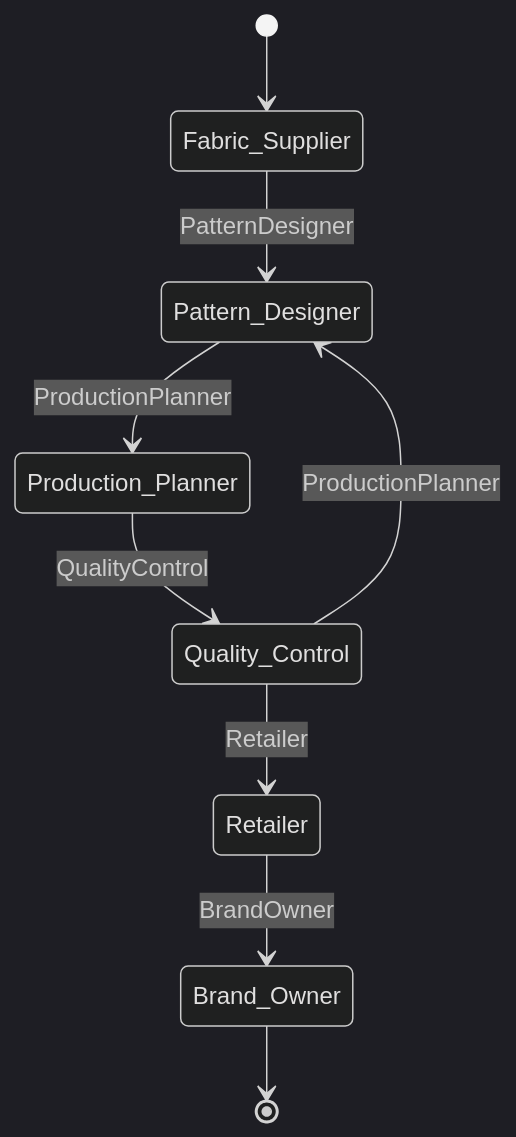
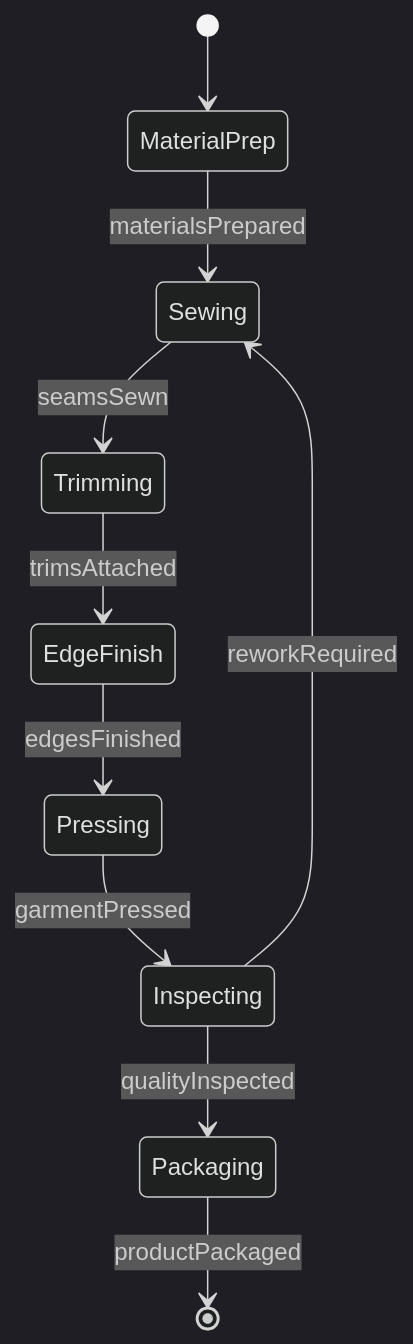
Before and after one commit to dot-org-ai/tasks.org.ai: the second of 4 diagrams in HandlingAndMovingObjects/AssembleProductsOrWorkAids/AssembleGarmentsTextileProducts.mdx, drawn with Mermaid (dark theme). The commit also changed other lines of this file and 515 other files, not shown here.

````diff
--- a/HandlingAndMovingObjects/AssembleProductsOrWorkAids/AssembleGarmentsTextileProducts.mdx
+++ b/HandlingAndMovingObjects/AssembleProductsOrWorkAids/AssembleGarmentsTextileProducts.mdx
@@ -101,11 +99,12 @@
 ```mermaid
 stateDiagram-v2
-    [*] --> Fabric_Supplier
-    Fabric_Supplier --> Pattern_Designer: PatternDesigner
-    Pattern_Designer --> Production_Planner: ProductionPlanner
-    Production_Planner --> Quality_Control: QualityControl
-    Quality_Control --> Retailer: Retailer
-    Retailer --> Brand_Owner: BrandOwner
-    Quality_Control --> Pattern_Designer: ProductionPlanner
-    Brand_Owner --> [*]
+    [*] --> MaterialPrep
+    MaterialPrep --> Sewing : materialsPrepared
+    Sewing --> Trimming : seamsSewn
+    Trimming --> EdgeFinish : trimsAttached
+    EdgeFinish --> Pressing : edgesFinished
+    Pressing --> Inspecting : garmentPressed
+    Inspecting --> Packaging : qualityInspected
+    Inspecting --> Sewing : reworkRequired
+    Packaging --> [*] : productPackaged
 ```
````
